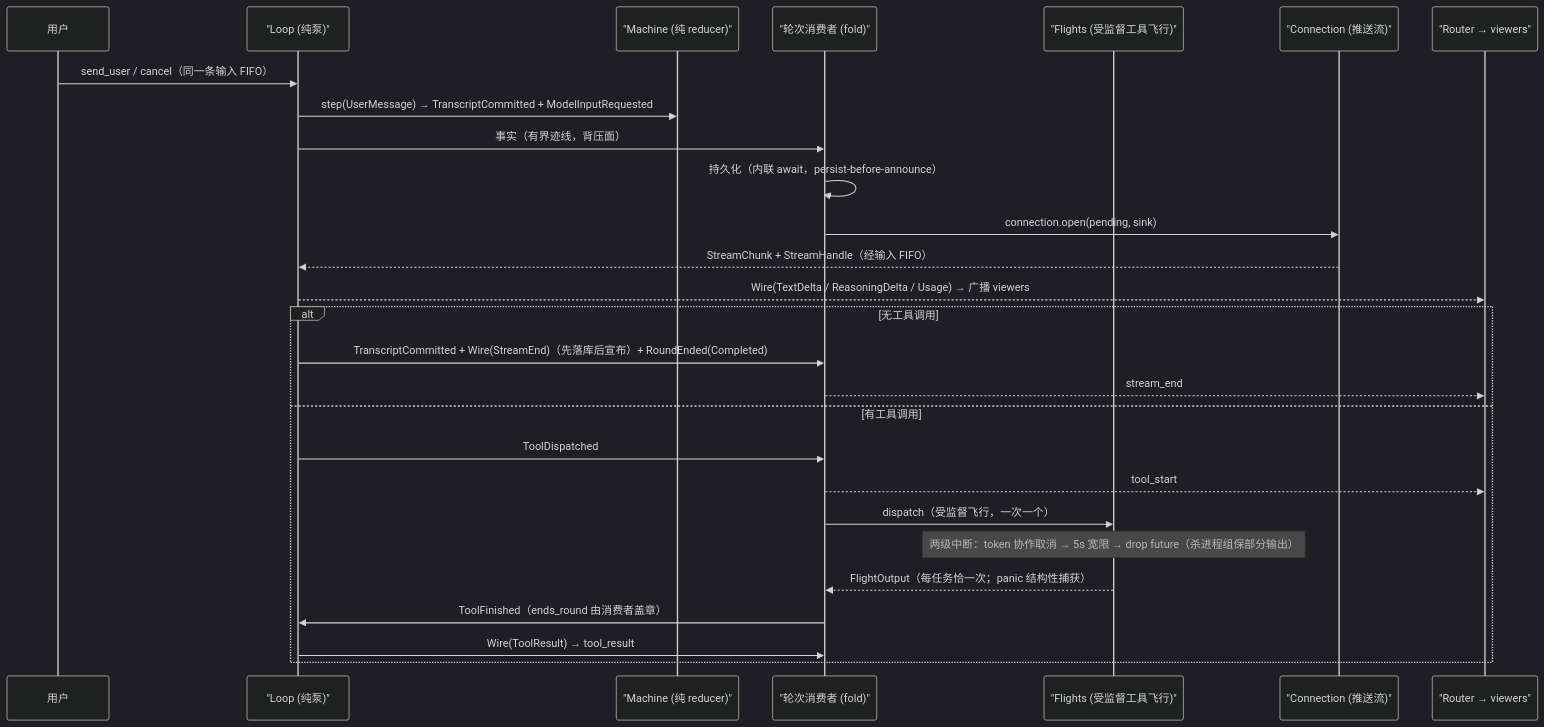
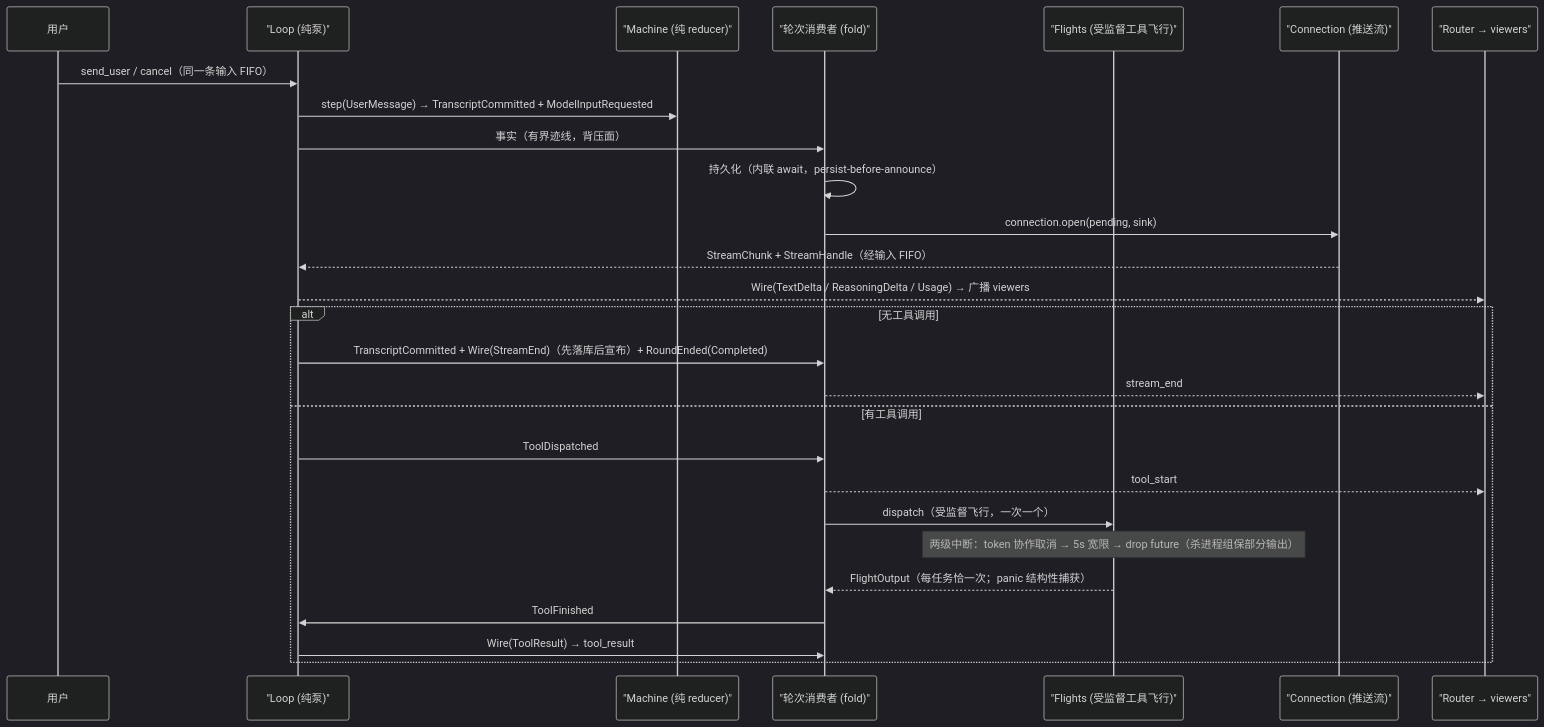
Before and after one commit to km0e/flux: the fourth of 8 diagrams in docs/architecture.md, drawn with Mermaid (dark theme). The commit also changed other lines of this file and 69 other files, not shown here.

````diff
--- a/docs/architecture.md
+++ b/docs/architecture.md
@@ -193,30 +191,30 @@
 ```mermaid
 sequenceDiagram
  participant U as 用户
  participant RT as "Loop (纯泵)"
  participant M as "Machine (纯 reducer)"
  participant C as "轮次消费者 (fold)"
  participant FL as "Flights (受监督工具飞行)"
  participant P as "Connection (推送流)"
  participant R as "Router → viewers"
 
  U->>RT: send_user / cancel（同一条输入 FIFO）
  RT->>M: step(UserMessage) → TranscriptCommitted + ModelInputRequested
  RT->>C: 事实（有界迹线，背压面）
  C->>C: 持久化（内联 await，persist-before-announce）
  C->>P: connection.open(pending, sink)
  P-->>RT: StreamChunk + StreamHandle（经输入 FIFO）
  RT-->>R: Wire(TextDelta / ReasoningDelta / Usage) → 广播 viewers
  alt 无工具调用
   RT->>C: TranscriptCommitted + Wire(StreamEnd)（先落库后宣布）+ RoundEnded(Completed)
   C-->>R: stream_end
  else 有工具调用
   RT->>C: ToolDispatched
   C-->>R: tool_start
   C->>FL: dispatch（受监督飞行，一次一个）
   Note over FL: 两级中断：token 协作取消 → 5s 宽限 → drop future（杀进程组保部分输出）
   FL-->>C: FlightOutput（每任务恰一次；panic 结构性捕获）
-  C->>RT: ToolFinished（ends_round 由消费者盖章）
+  C->>RT: ToolFinished
   RT->>C: Wire(ToolResult) → tool_result
  end
 ```
````
